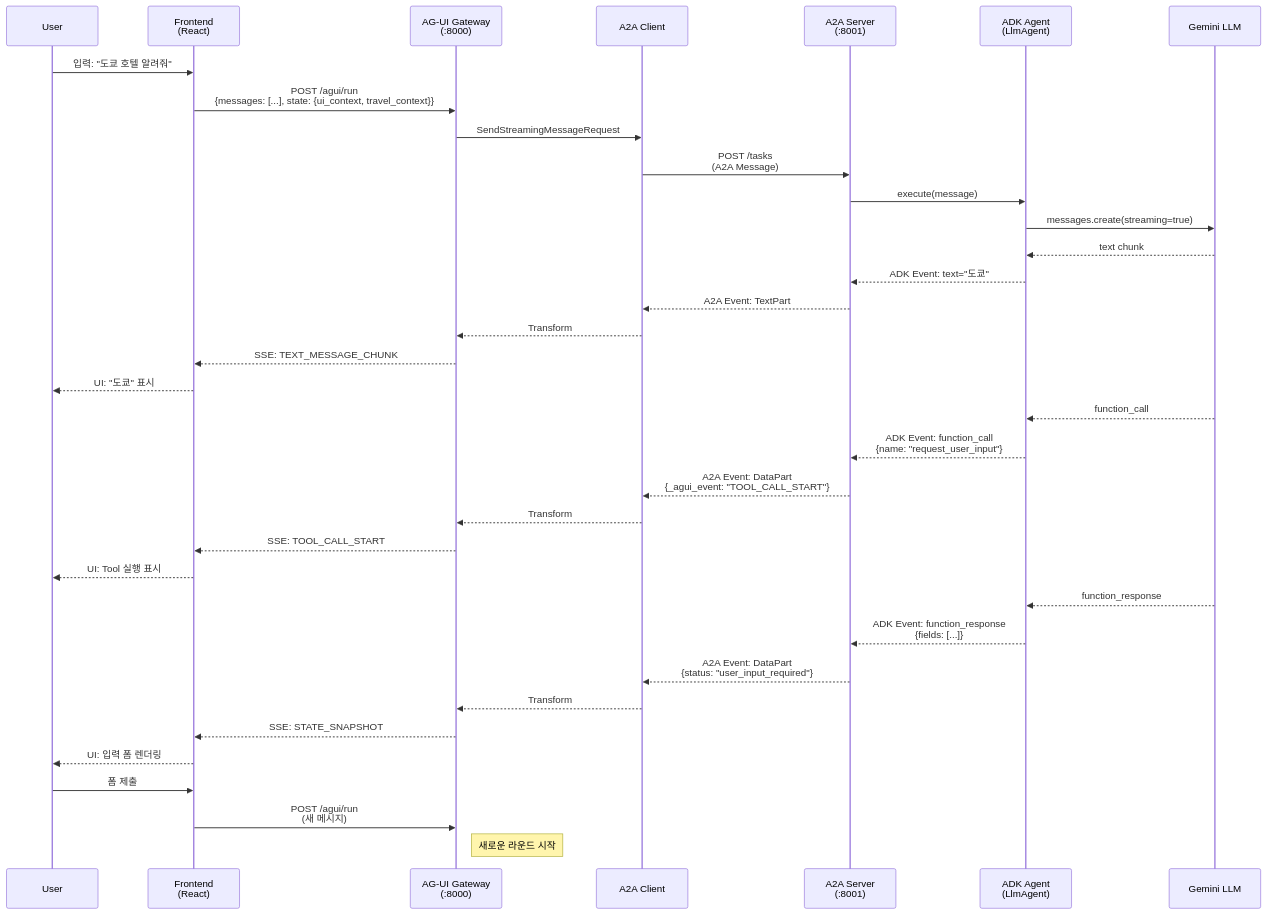
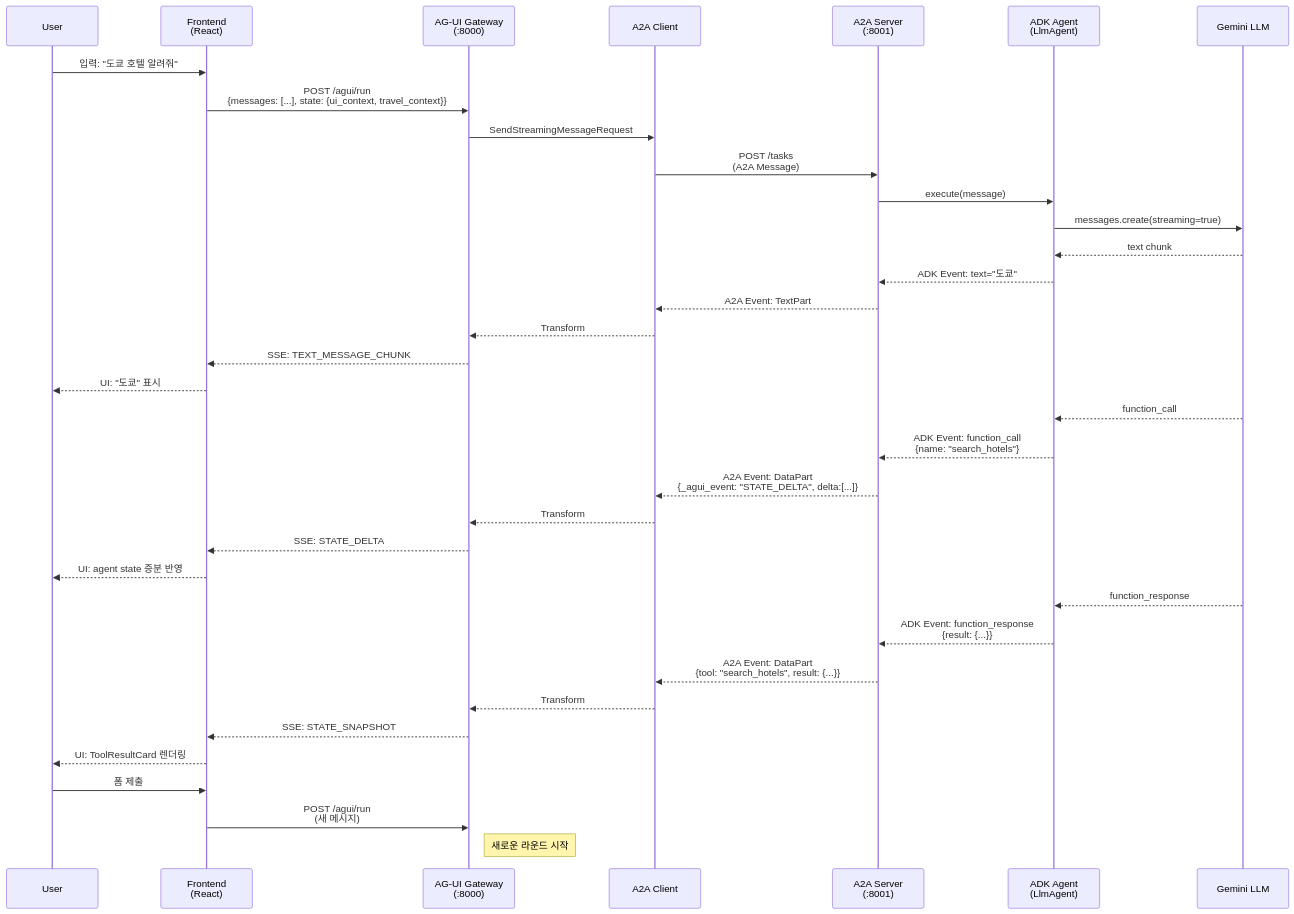
One commit to park-kitae/travel-agui changed the second of 3 diagrams in COMMUNICATION_FLOW.md. Above: the diagram before and after it, drawn with Mermaid. The commit also changed other lines of this file and 17 other files, not shown here.

````diff
--- a/COMMUNICATION_FLOW.md
+++ b/COMMUNICATION_FLOW.md
@@ -93,44 +94,44 @@
 ```mermaid
 sequenceDiagram
     participant User
     participant Frontend as Frontend<br/>(React)
     participant Gateway as AG-UI Gateway<br/>(:8000)
     participant A2AClient as A2A Client
     participant A2AServer as A2A Server<br/>(:8001)
     participant ADK as ADK Agent<br/>(LlmAgent)
     participant Gemini as Gemini LLM
 
     User->>Frontend: 입력: "도쿄 호텔 알려줘"
     Frontend->>Gateway: POST /agui/run<br/>{messages: [...], state: {ui_context, travel_context}}
 
     Gateway->>A2AClient: SendStreamingMessageRequest
     A2AClient->>A2AServer: POST /tasks<br/>(A2A Message)
 
     A2AServer->>ADK: execute(message)
     ADK->>Gemini: messages.create(streaming=true)
 
     Gemini-->>ADK: text chunk
     ADK-->>A2AServer: ADK Event: text="도쿄"
     A2AServer-->>A2AClient: A2A Event: TextPart
     A2AClient-->>Gateway: Transform
     Gateway-->>Frontend: SSE: TEXT_MESSAGE_CHUNK
     Frontend-->>User: UI: "도쿄" 표시
 
     Gemini-->>ADK: function_call
-    ADK-->>A2AServer: ADK Event: function_call<br/>{name: "request_user_input"}
-    A2AServer-->>A2AClient: A2A Event: DataPart<br/>{_agui_event: "TOOL_CALL_START"}
+    ADK-->>A2AServer: ADK Event: function_call<br/>{name: "search_hotels"}
+    A2AServer-->>A2AClient: A2A Event: DataPart<br/>{_agui_event: "STATE_DELTA", delta:[...]}
     A2AClient-->>Gateway: Transform
-    Gateway-->>Frontend: SSE: TOOL_CALL_START
-    Frontend-->>User: UI: Tool 실행 표시
+    Gateway-->>Frontend: SSE: STATE_DELTA
+    Frontend-->>User: UI: agent state 증분 반영
 
     Gemini-->>ADK: function_response
-    ADK-->>A2AServer: ADK Event: function_response<br/>{fields: [...]}
-    A2AServer-->>A2AClient: A2A Event: DataPart<br/>{status: "user_input_required"}
+    ADK-->>A2AServer: ADK Event: function_response<br/>{result: {...}} 
+    A2AServer-->>A2AClient: A2A Event: DataPart<br/>{tool: "search_hotels", result: {...}}
     A2AClient-->>Gateway: Transform
     Gateway-->>Frontend: SSE: STATE_SNAPSHOT
-    Frontend-->>User: UI: 입력 폼 렌더링
+    Frontend-->>User: UI: ToolResultCard 렌더링
 
     User->>Frontend: 폼 제출
     Frontend->>Gateway: POST /agui/run<br/>(새 메시지)
     Note right of Gateway: 새로운 라운드 시작
 ```
````
